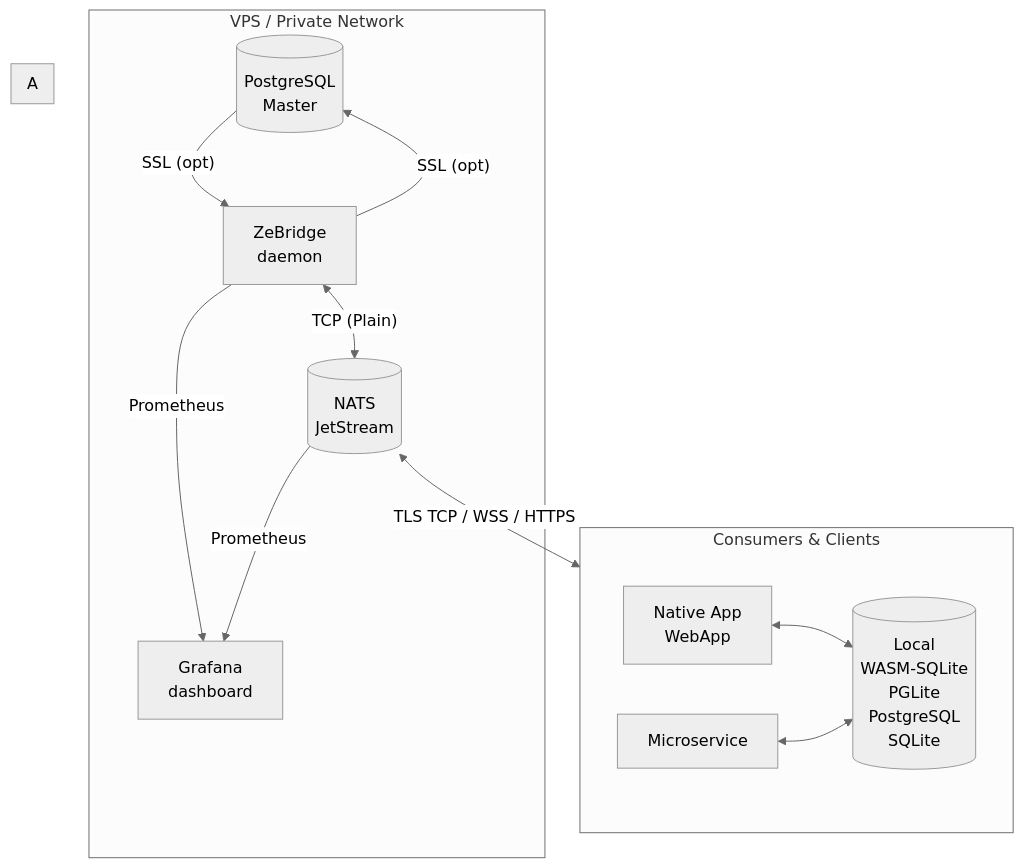
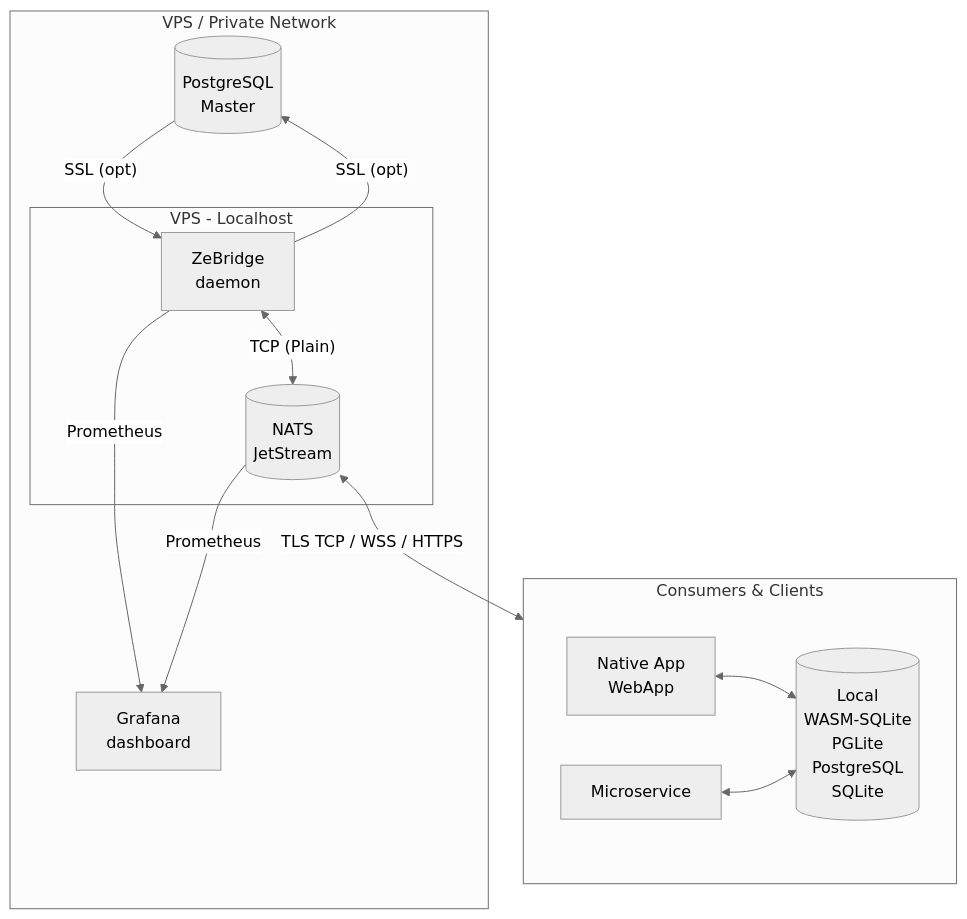
Before and after one commit to ndrean/ZeBridge: the first of 2 diagrams in README.md, drawn with Mermaid (neutral theme). The commit also changed other lines of this file and 2 other files, not shown here.

````diff
--- a/README.md
+++ b/README.md
@@ -49,27 +50,27 @@
 ```mermaid
 flowchart TD
     subgraph VPS["VPS / Private Network"]
         PG[("PostgreSQL <br> Master")]
+        subgraph Localhost ["VPS - Localhost"]
+          Bridge["ZeBridge <br> daemon"]
+          NATS[("NATS <br> JetStream")]
+        end
         
         Bridge -- Prometheus --> Grafana["Grafana <br> dashboard"]
         NATS -- Prometheus --> Grafana
 
         PG -- "SSL (opt)" --> Bridge
         Bridge -- "SSL (opt)" --> PG
         Bridge <--> |"TCP (Plain)"| NATS
     end
 
     NATS <--> |"TLS TCP / WSS / HTTPS"| Consumers
 
-    subgraph Localhost ["A"]
-      Bridge["ZeBridge <br> daemon"]
-      NATS[("NATS <br> JetStream")]
-    end
 
     subgraph Consumers["Consumers & Clients"]
         App["Native App <br> WebApp"]
         Server_Worker["Microservice"]
         App <--> Local_DB[("Local<br> WASM-SQLite <br> PGLite <br> PostgreSQL <br> SQLite")]
         Server_Worker <--> Local_DB
     end
 ```
````
